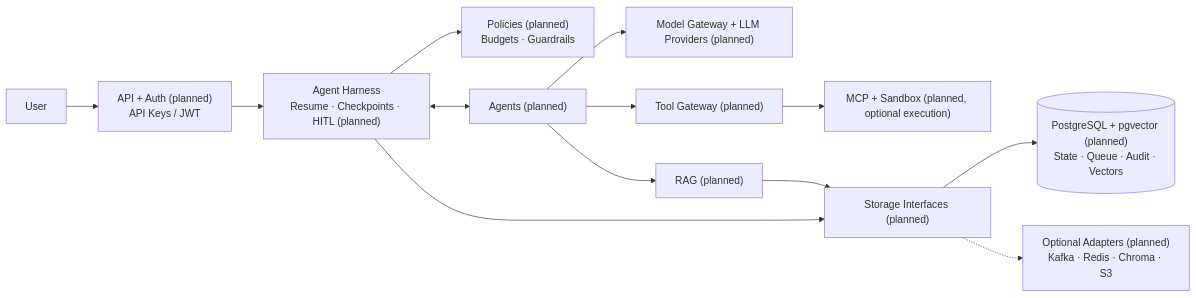
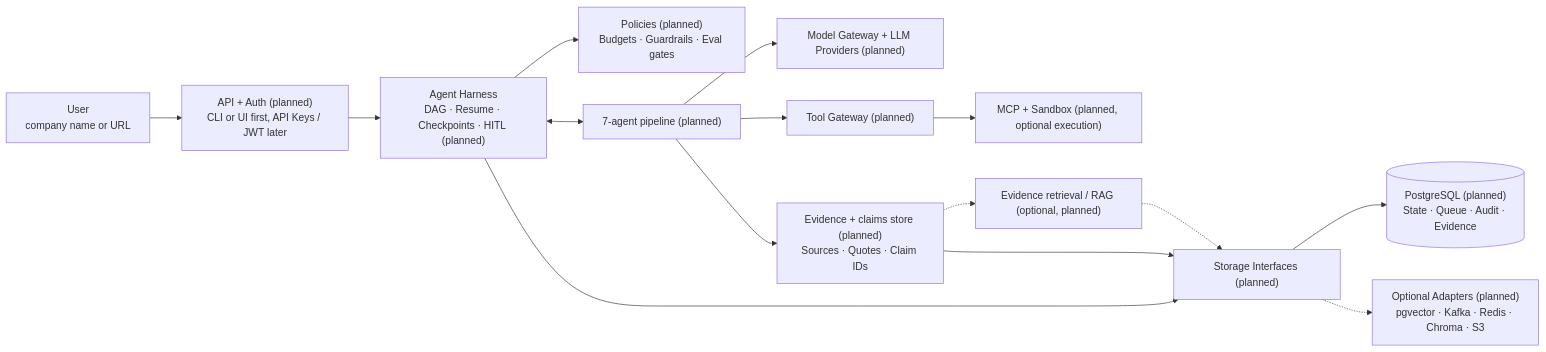
Before and after one commit to efolley/Venture-OS: the first of 2 diagrams in README.md, drawn with Mermaid. The commit also changed other lines of this file, not shown here.

First line of the commit message:
Update README with 7-agent target architecture

````diff
--- a/README.md
+++ b/README.md
@@ -15,14 +17,16 @@
 ```mermaid
 flowchart LR
-    User["User"] --> API["API + Auth (planned)<br/>API Keys / JWT"]
-    API --> Harness["Agent Harness<br/>Resume · Checkpoints · HITL (planned)"]
-    Harness --> Policies["Policies (planned)<br/>Budgets · Guardrails"]
-    Harness <--> Agents["Agents (planned)"]
+    User["User<br/>company name or URL"] --> API["API + Auth (planned)<br/>CLI or UI first, API Keys / JWT later"]
+    API --> Harness["Agent Harness<br/>DAG · Resume · Checkpoints · HITL (planned)"]
+    Harness --> Policies["Policies (planned)<br/>Budgets · Guardrails · Eval gates"]
+    Harness <--> Agents["7-agent pipeline (planned)"]
     Agents --> Models["Model Gateway + LLM Providers (planned)"]
     Agents --> Tools["Tool Gateway (planned)"] --> MCP["MCP + Sandbox (planned, optional execution)"]
-    Agents --> RAG["RAG (planned)"]
+    Agents --> Evidence["Evidence + claims store (planned)<br/>Sources · Quotes · Claim IDs"]
+    Evidence -.-> RAG["Evidence retrieval / RAG (optional, planned)"]
     Harness --> Storage["Storage Interfaces (planned)"]
-    RAG --> Storage
-    Storage --> PG[("PostgreSQL + pgvector (planned)<br/>State · Queue · Audit · Vectors")]
-    Storage -.-> Scale["Optional Adapters (planned)<br/>Kafka · Redis · Chroma · S3"]
+    Evidence --> Storage
+    RAG -.-> Storage
+    Storage --> PG[("PostgreSQL (planned)<br/>State · Queue · Audit · Evidence")]
+    Storage -.-> Scale["Optional Adapters (planned)<br/>pgvector · Kafka · Redis · Chroma · S3"]
 ```
````
